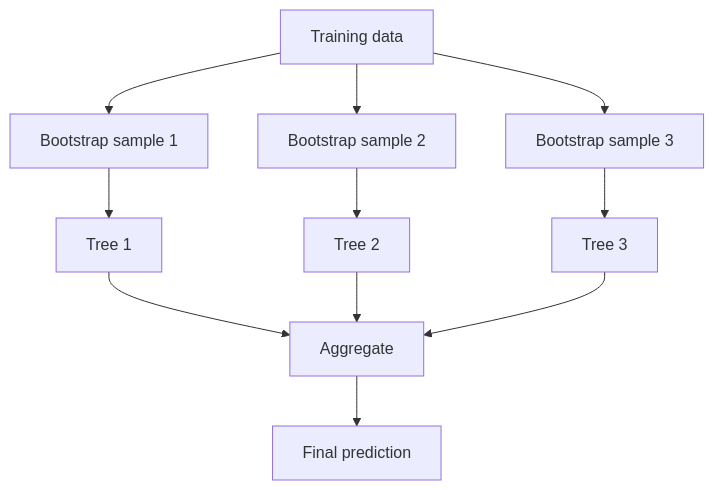
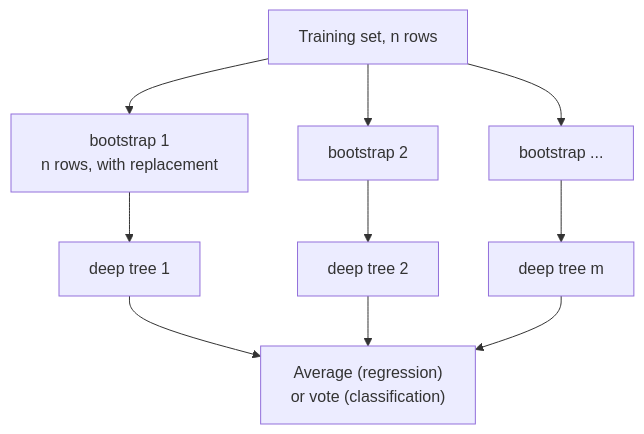
Before and after one commit to Ravikisha/PythonCentralHub: the diagram in src/content/docs/Machine Learning/Phase 05 - Ensemble Learning/Bagging Random Forest Regressor Classifier.mdx, drawn with Mermaid. The commit also changed other lines of this file and 1327 other files, not shown here.

````diff
--- a/src/content/docs/Machine Learning/Phase 05 - Ensemble Learning/Bagging Random Forest Regressor Classifier.mdx
+++ b/src/content/docs/Machine Learning/Phase 05 - Ensemble Learning/Bagging Random Forest Regressor Classifier.mdx
@@ -18,13 +32,12 @@
 ```mermaid
 flowchart TD
-  D[Training data] --> S1[Bootstrap sample 1]
-  D --> S2[Bootstrap sample 2]
-  D --> S3[Bootstrap sample 3]
-  S1 --> T1[Tree 1]
-  S2 --> T2[Tree 2]
-  S3 --> T3[Tree 3]
-  T1 --> A[Aggregate]
+  D["Training set, n rows"] --> B1["bootstrap 1<br/>n rows, with replacement"]
+  D --> B2["bootstrap 2"]
+  D --> B3["bootstrap ..."]
+  B1 --> T1["deep tree 1"]
+  B2 --> T2["deep tree 2"]
+  B3 --> T3["deep tree m"]
+  T1 --> A["Average (regression)<br/>or vote (classification)"]
   T2 --> A
   T3 --> A
-  A --> P[Final prediction]
 ```
````
